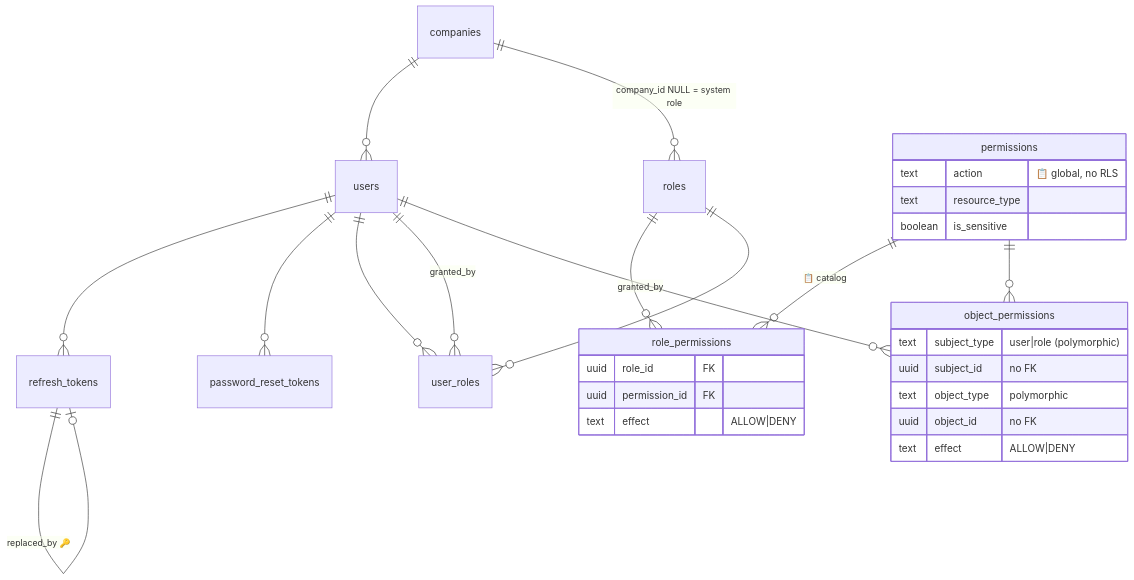
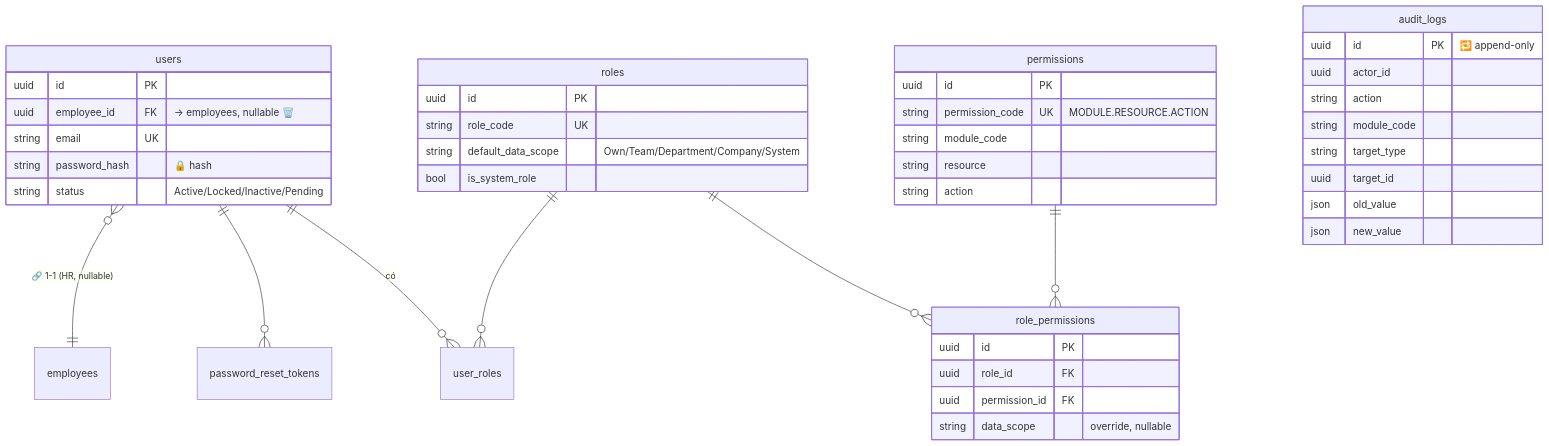
One commit to nguyencanhqk/mediaos changed the first of 8 diagrams in docs/erd-current.md. Above: the diagram before and after it, drawn with Mermaid. The commit also changed other lines of this file and 194 other files, not shown here.

````diff
--- a/docs/erd-current.md
+++ b/docs/erd-current.md
@@ -62,33 +29,46 @@
 ```mermaid
 erDiagram
-    companies ||--o{ users : ""
-    users ||--o{ refresh_tokens : ""
-    refresh_tokens ||--o| refresh_tokens : "replaced_by 🔑"
+    users ||--o{ user_roles : "có"
+    roles ||--o{ user_roles : ""
+    roles ||--o{ role_permissions : ""
+    permissions ||--o{ role_permissions : ""
     users ||--o{ password_reset_tokens : ""
-    companies ||--o{ roles : "company_id NULL = system role"
-    roles ||--o{ role_permissions : ""
-    permissions ||--o{ role_permissions : "📋 catalog"
-    users ||--o{ user_roles : ""
-    roles ||--o{ user_roles : ""
-    users ||--o{ user_roles : "granted_by"
-    permissions ||--o{ object_permissions : ""
-    users ||--o{ object_permissions : "granted_by"
+    users }o--|| employees : "🔗 1-1 (HR, nullable)"
 
+    users {
+        uuid id PK
+        uuid employee_id FK "→ employees, nullable 🗑️"
+        string email UK
+        string password_hash "🔒 hash"
+        string status "Active/Locked/Inactive/Pending"
+    }
+    roles {
+        uuid id PK
+        string role_code UK
+        string default_data_scope "Own/Team/Department/Company/System"
+        bool is_system_role
+    }
     permissions {
-        text action "📋 global, no RLS"
-        text resource_type
-        boolean is_sensitive
+        uuid id PK
+        string permission_code UK "MODULE.RESOURCE.ACTION"
+        string module_code
+        string resource
+        string action
     }
     role_permissions {
+        uuid id PK
         uuid role_id FK
         uuid permission_id FK
-        text effect "ALLOW|DENY"
+        string data_scope "override, nullable"
     }
-    object_permissions {
-        text subject_type "user|role (polymorphic)"
-        uuid subject_id "no FK"
-        text object_type "polymorphic"
-        uuid object_id "no FK"
-        text effect "ALLOW|DENY"
+    audit_logs {
+        uuid id PK "🔁 append-only"
+        uuid actor_id
+        string action
+        string module_code
+        string target_type
+        uuid target_id
+        json old_value
+        json new_value
     }
 ```
````
